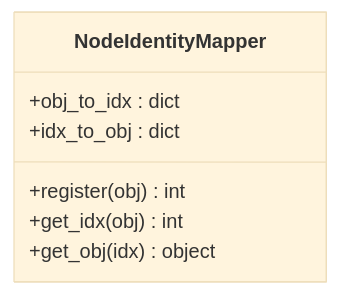
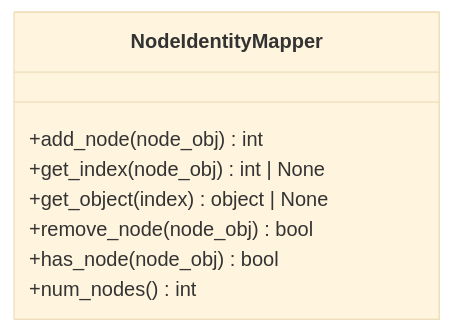
Before and after one commit to kr4g/Klotho: the first of 2 diagrams in docs/architecture/09_UTILS.md, drawn with Mermaid (base theme). The commit also changed other lines of this file and 13 other files, not shown here.

First line of the commit message:
Overhaul architecture docs for Klotho 10.x API

````diff
--- a/docs/architecture/09_UTILS.md
+++ b/docs/architecture/09_UTILS.md
@@ -145,10 +155,11 @@
 ```mermaid
 classDiagram
     class NodeIdentityMapper {
-        +obj_to_idx : dict
-        +idx_to_obj : dict
-        +register(obj) int
-        +get_idx(obj) int
-        +get_obj(idx) object
+        +add_node(node_obj) int
+        +get_index(node_obj) int | None
+        +get_object(index) object | None
+        +remove_node(node_obj) bool
+        +has_node(node_obj) bool
+        +num_nodes() int
     }
 ```
````
